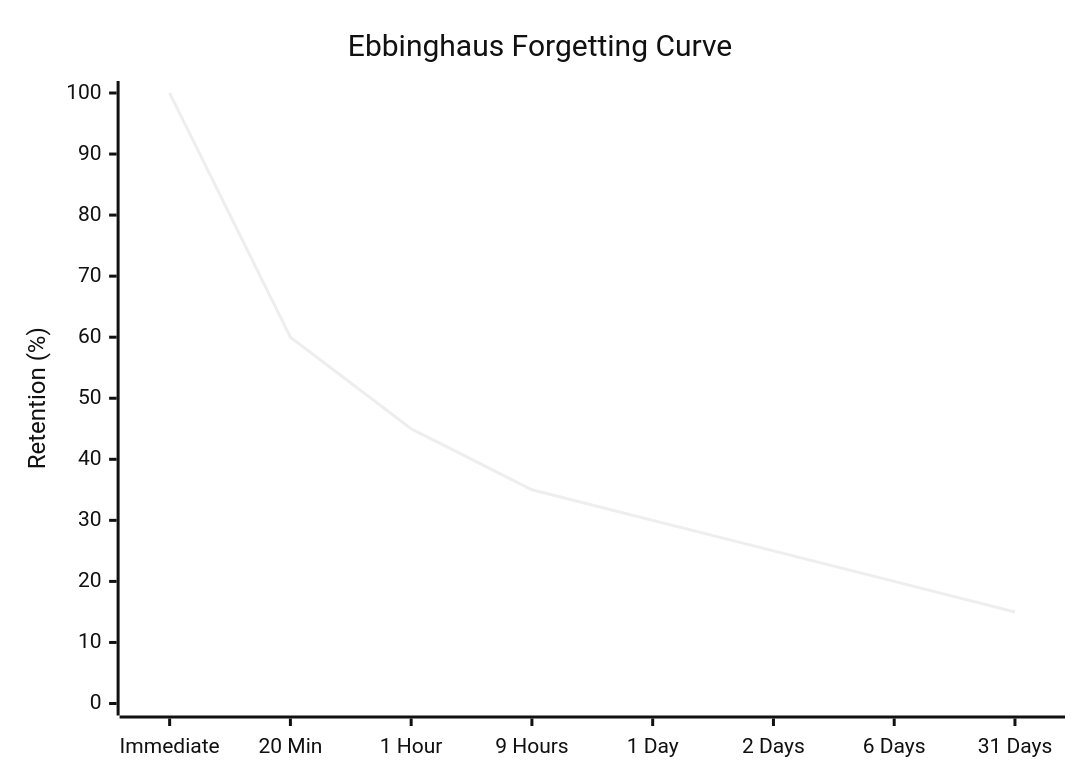
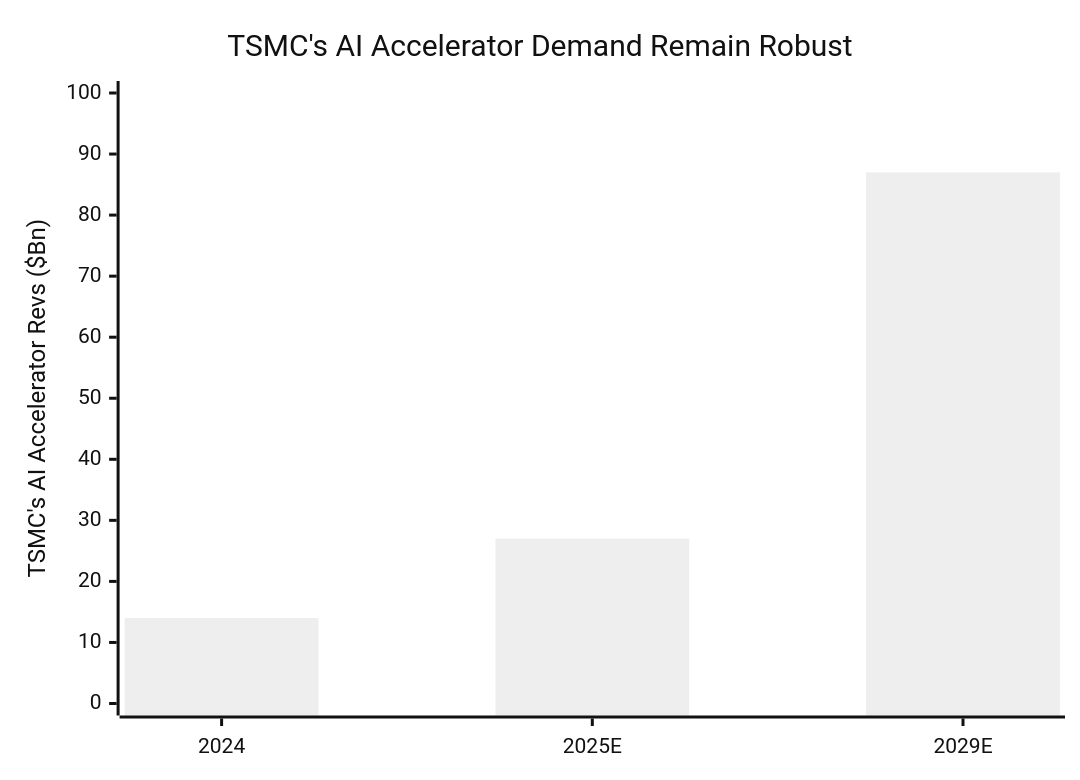
The diagram in @ITAPS Overview/Mermaid Syntax.md (Theo-Deffenbaugh/ITAPS-Wiki), drawn with Mermaid (neutral theme) before and after one commit. The commit also changed other lines of this file and 12 other files, not shown here.

````diff
--- a/@ITAPS Overview/Mermaid Syntax.md
+++ b/@ITAPS Overview/Mermaid Syntax.md
@@ -24,7 +20,7 @@
 ```mermaid
 xychart-beta
-    title "Ebbinghaus Forgetting Curve"
-    x-axis ["Immediate", "20 Min", "1 Hour", "9 Hours", "1 Day", "2 Days", "6 Days", "31 Days"]
-    y-axis "Retention (%)" 0 --> 100
-	line [100, 60, 45, 35, 30, 25, 20, 15]
+    title "TSMC's AI Accelerator Demand Remain Robust"
+    x-axis [2024, 2025E, 2029E]
+    y-axis "TSMC's AI Accelerator Revs ($Bn)" 0 --> 100
+    bar [14, 27, 87]
 ```
````
